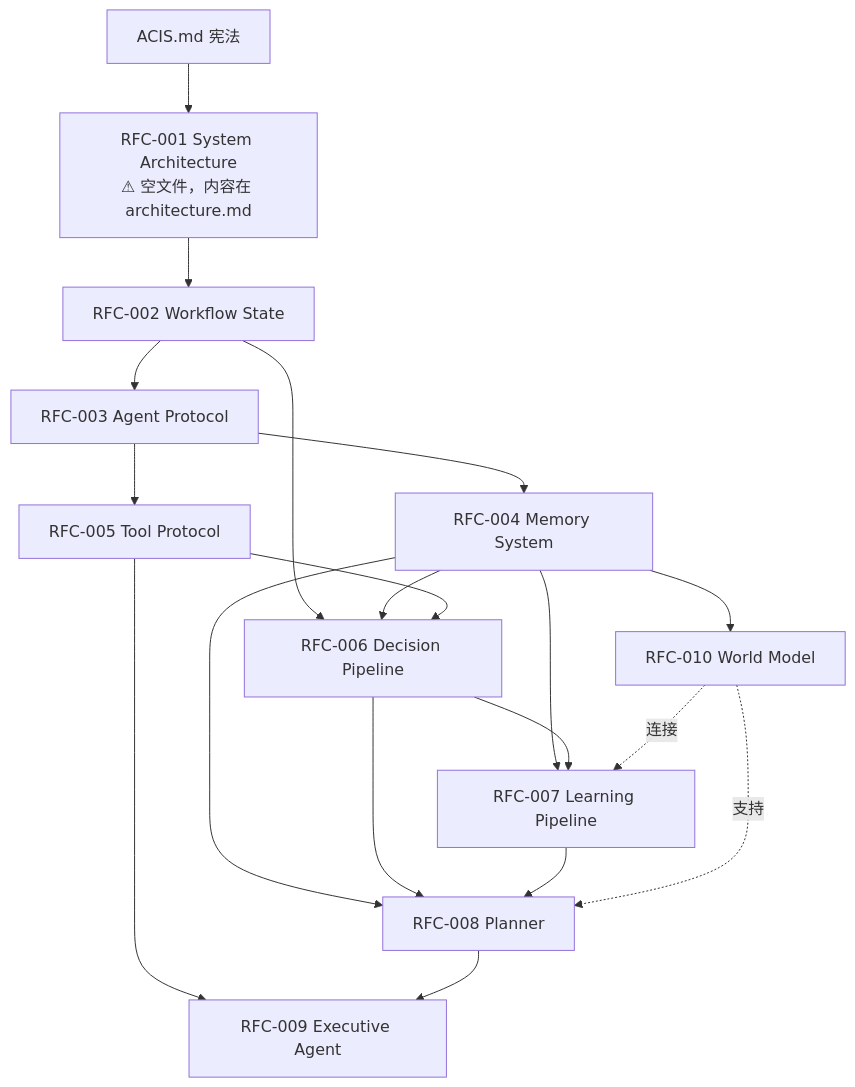
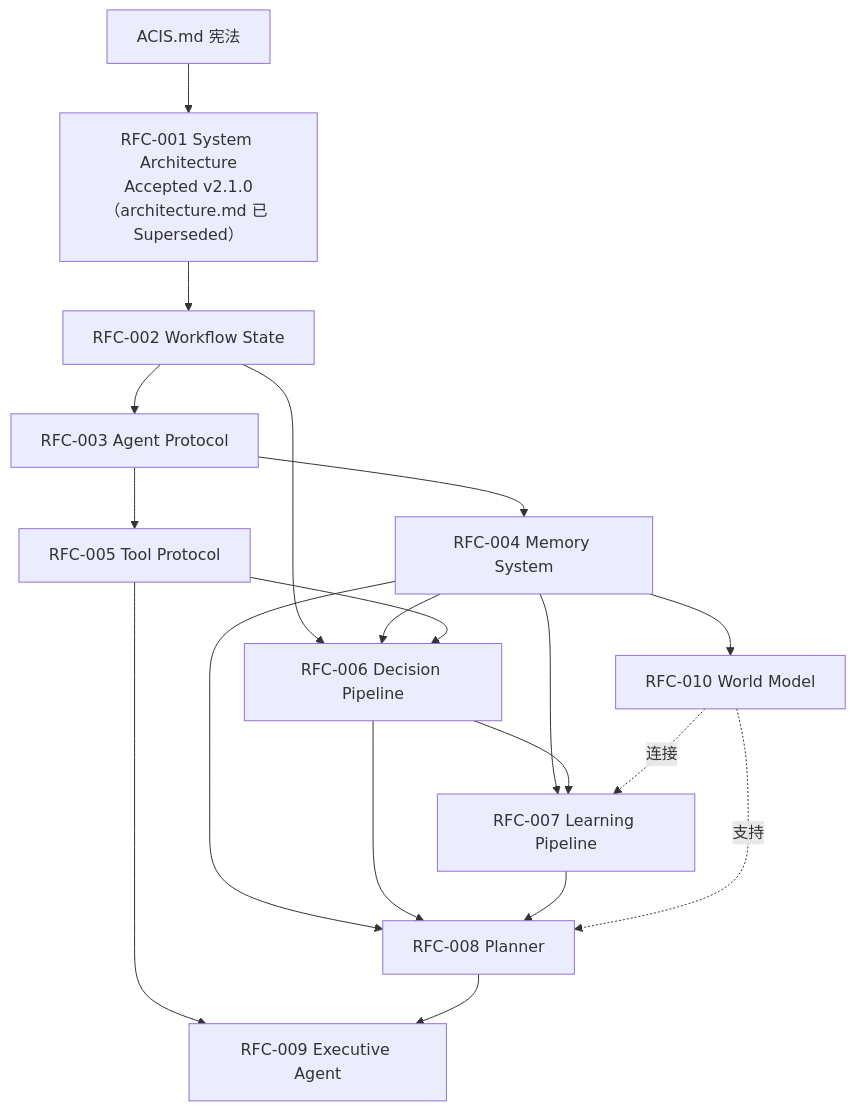
Before and after one commit to acdemi/ACIS: the diagram in docs/IMPLEMENTATION_PLAN.md, drawn with Mermaid. The commit also changed other lines of this file and 9 other files, not shown here.

````diff
--- a/docs/IMPLEMENTATION_PLAN.md
+++ b/docs/IMPLEMENTATION_PLAN.md
@@ -74,33 +75,33 @@
 ```mermaid
 graph TD
   ACIS[ACIS.md 宪法]
-  R001["RFC-001 System Architecture<br/>⚠ 空文件，内容在 architecture.md"]
+  R001["RFC-001 System Architecture<br/>Accepted v2.1.0（architecture.md 已 Superseded）"]
   R002[RFC-002 Workflow State]
   R003[RFC-003 Agent Protocol]
   R004[RFC-004 Memory System]
   R005[RFC-005 Tool Protocol]
   R006[RFC-006 Decision Pipeline]
   R007[RFC-007 Learning Pipeline]
   R008[RFC-008 Planner]
   R009[RFC-009 Executive Agent]
   R010[RFC-010 World Model]
 
   ACIS --> R001
   R001 --> R002
   R002 --> R003
   R003 --> R004
   R003 --> R005
   R002 --> R006
   R004 --> R006
   R005 --> R006
   R004 --> R007
   R006 --> R007
   R004 --> R008
   R006 --> R008
   R007 --> R008
   R005 --> R009
   R008 --> R009
   R004 --> R010
   R010 -. 支持 .-> R008
   R010 -. 连接 .-> R007
 ```
````
